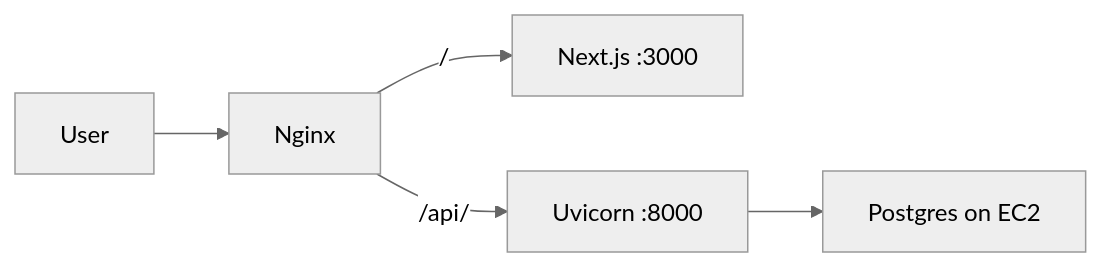
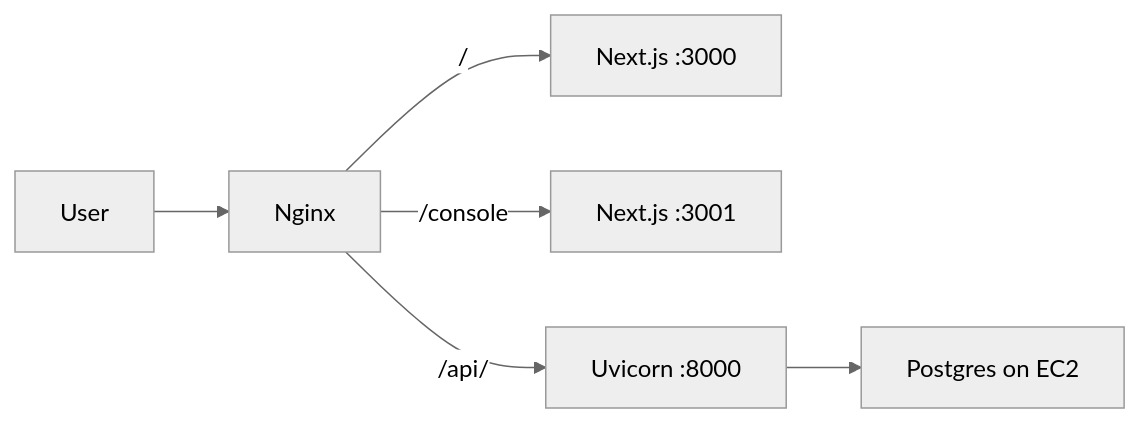
The diagram in docs/deployment.md (amanonspot/spotoranger), drawn with Mermaid (neutral theme) before and after one commit. The commit also changed other lines of this file and 17 other files, not shown here.

````diff
--- a/docs/deployment.md
+++ b/docs/deployment.md
@@ -15,7 +15,8 @@
 ```mermaid
 flowchart LR
   User --> Nginx
-  Nginx -->|"/"| Next["Next.js :3000"]
+  Nginx -->|"/"| Ranger["Next.js :3000"]
+  Nginx -->|"/console"| Admin["Next.js :3001"]
   Nginx -->|"/api/"| API["Uvicorn :8000"]
   API --> PG["Postgres on EC2"]
 ```
````
